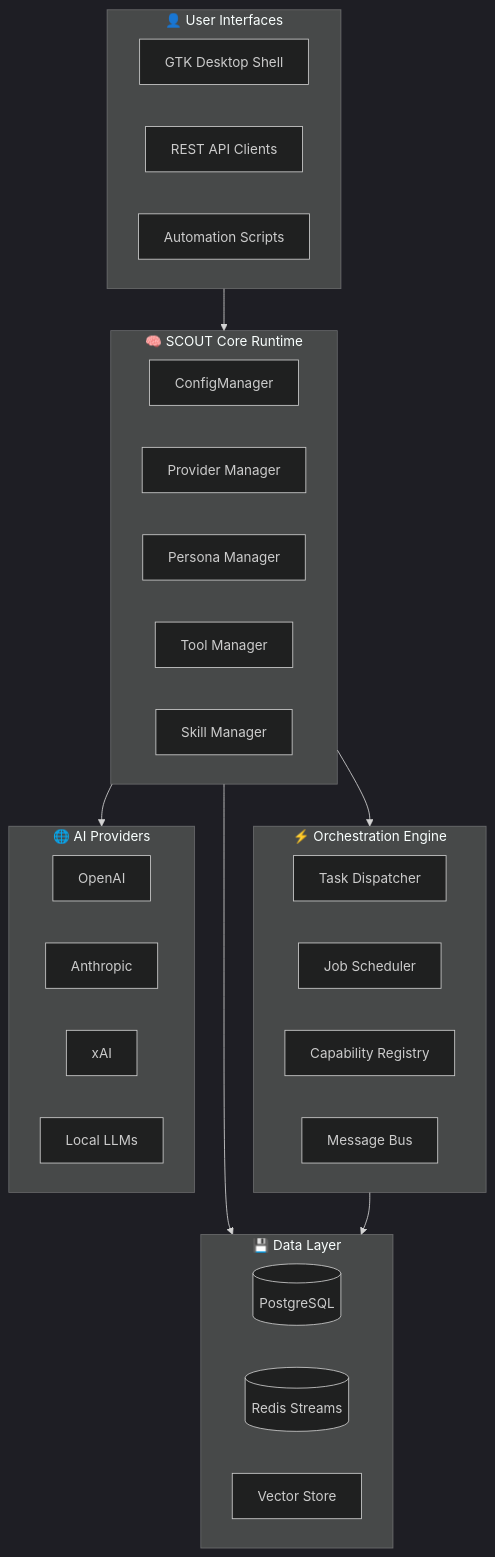
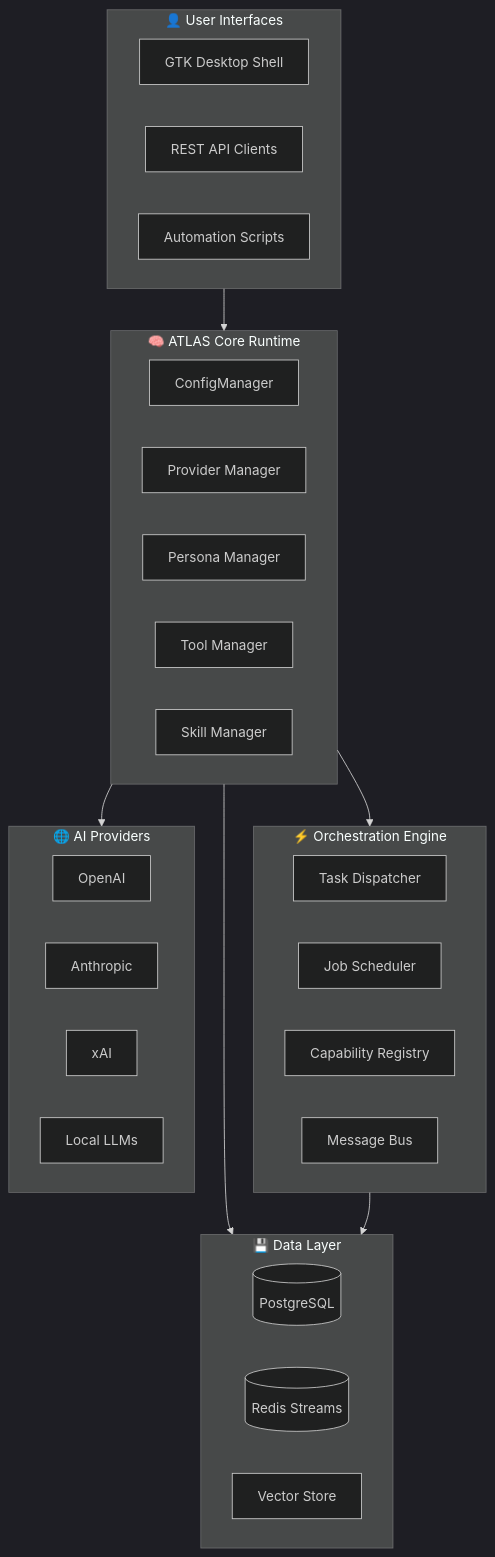
The first of 5 diagrams in README.md (DigitalHallucinations/ATLAS), drawn with Mermaid (dark theme) before and after one commit. The commit also changed other lines of this file and 48 other files, not shown here.

````diff
--- a/README.md
+++ b/README.md
@@ -93,42 +93,42 @@
 ```mermaid
 flowchart TD
     subgraph User["👤 User Interfaces"]
         U1[GTK Desktop Shell]
         U2[REST API Clients]
         U3[Automation Scripts]
     end
 
-    subgraph Core["🧠 SCOUT Core Runtime"]
+    subgraph Core["🧠 ATLAS Core Runtime"]
         C1[ConfigManager]
         C2[Provider Manager]
         C3[Persona Manager]
         C4[Tool Manager]
         C5[Skill Manager]
     end
 
     subgraph Data["💾 Data Layer"]
         D1[(PostgreSQL)]
         D2[(Redis Streams)]
         D3[Vector Store]
     end
 
     subgraph Orchestration["⚡ Orchestration Engine"]
         O1[Task Dispatcher]
         O2[Job Scheduler]
         O3[Capability Registry]
         O4[Message Bus]
     end
 
     subgraph Providers["🌐 AI Providers"]
         P1[OpenAI]
         P2[Anthropic]
         P3[xAI]
         P4[Local LLMs]
     end
 
     User --> Core
     Core --> Data
     Core --> Orchestration
     Core --> Providers
     Orchestration --> Data
 ```
````
